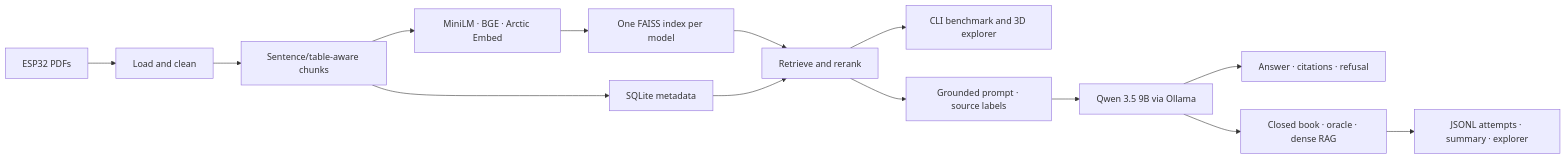
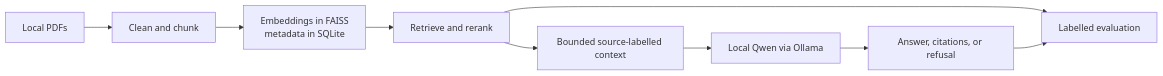
One commit to TomiHeikkinen96/Embedded-Rag-Evaluation-Platform changed the diagram in README.md. Above: the diagram before and after it, drawn with Mermaid. The commit also changed other lines of this file and 13 other files, not shown here.

````diff
--- a/README.md
+++ b/README.md
@@ -62,16 +163,11 @@
 ```mermaid
 flowchart LR
-    PDF["ESP32 PDFs"] --> LOAD["Load and clean"]
-    LOAD --> CHUNK["Sentence/table-aware chunks"]
-    CHUNK --> EMBED["MiniLM · BGE · Arctic Embed"]
-    EMBED --> FAISS["One FAISS index per model"]
-    CHUNK --> SQLITE["SQLite metadata"]
-    FAISS --> SEARCH["Retrieve and rerank"]
-    SQLITE --> SEARCH
-    SEARCH --> INSPECT["CLI benchmark and 3D explorer"]
-    SEARCH --> PROMPT["Grounded prompt · source labels"]
-    PROMPT --> QWEN["Qwen 3.5 9B via Ollama"]
-    QWEN --> ANSWER["Answer · citations · refusal"]
-    QWEN --> EVAL["Closed book · oracle · dense RAG"]
-    EVAL --> RUNS["JSONL attempts · summary · explorer"]
+    PDF["Local PDFs"] --> CHUNK["Clean and chunk"]
+    CHUNK --> STORE["Embeddings in FAISS<br/>metadata in SQLite"]
+    STORE --> RETRIEVE["Retrieve and rerank"]
+    RETRIEVE --> CONTEXT["Bounded source-labelled context"]
+    CONTEXT --> QWEN["Local Qwen via Ollama"]
+    QWEN --> ANSWER["Answer, citations, or refusal"]
+    RETRIEVE --> EVAL["Labelled evaluation"]
+    ANSWER --> EVAL
 ```
````
